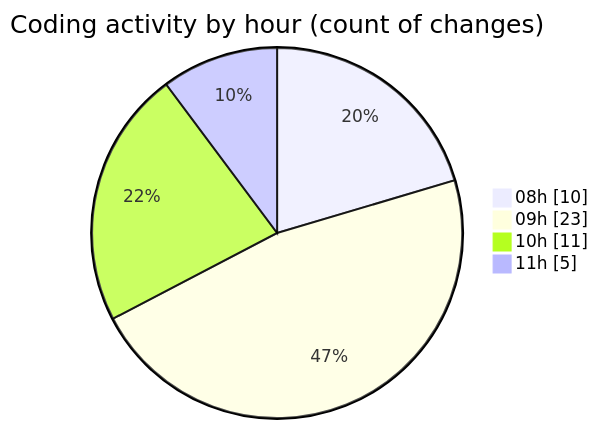
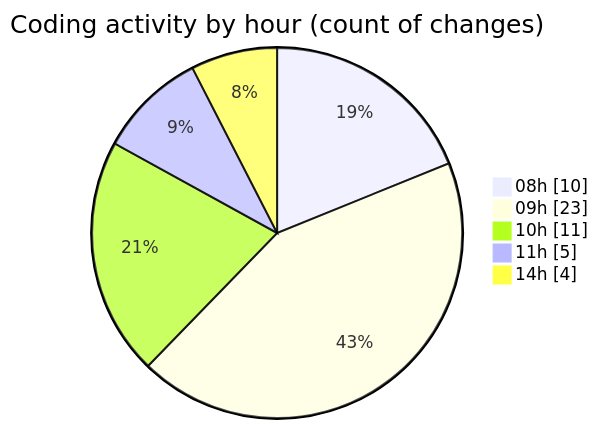
One commit to LanceThiago/code-tracking changed the second of 2 diagrams in 2025-01-07/nueva_carpeta/README.md. Above: the diagram before and after it, drawn with Mermaid. The commit also changed other lines of this file and 1 other file, not shown here.

````diff
--- a/2025-01-07/nueva_carpeta/README.md
+++ b/2025-01-07/nueva_carpeta/README.md
@@ -28,8 +28,9 @@
 ```mermaid
 pie showData
 title Coding activity by hour (count of changes)
 "08h" : 10
 "09h" : 23
 "10h" : 11
 "11h" : 5
+"14h" : 4
 ```
````
